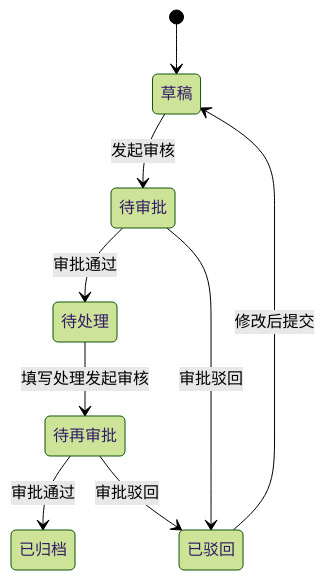
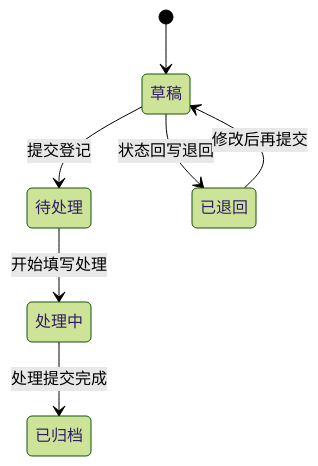
The eighth of 10 diagrams in docs/versions/v1.0.0/prd.md (liaoliao66/SES), drawn with Mermaid (forest theme) before and after one commit. The commit also changed other lines of this file, not shown here.

````diff
--- a/docs/versions/v1.0.0/prd.md
+++ b/docs/versions/v1.0.0/prd.md
@@ -184,11 +314,9 @@
 ```mermaid
 stateDiagram-v2
   [*] --> 草稿
-  草稿 --> 待审批 : 发起审核
-  待审批 --> 待处理 : 审批通过
-  待审批 --> 已驳回 : 审批驳回
-  已驳回 --> 草稿 : 修改后提交
-  待处理 --> 待再审批 : 填写处理发起审核
-  待再审批 --> 已归档 : 审批通过
-  待再审批 --> 已驳回 : 审批驳回
+  草稿 --> 待处理 : 提交登记
+  待处理 --> 处理中 : 开始填写处理
+  处理中 --> 已归档 : 处理提交完成
+  草稿 --> 已退回 : 状态回写退回
+  已退回 --> 草稿 : 修改后再提交
 ```
````
